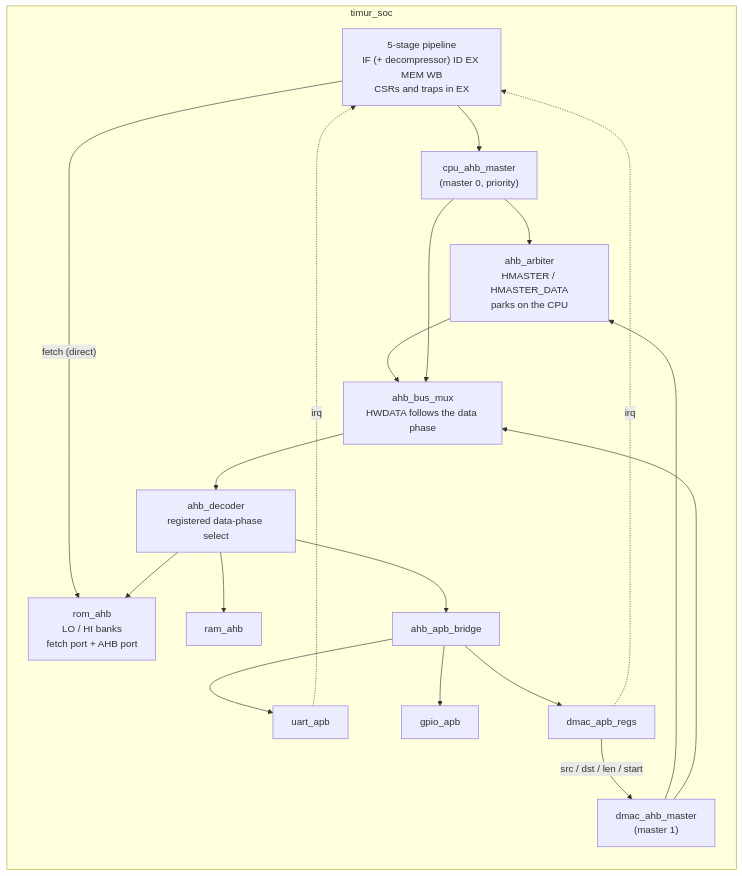
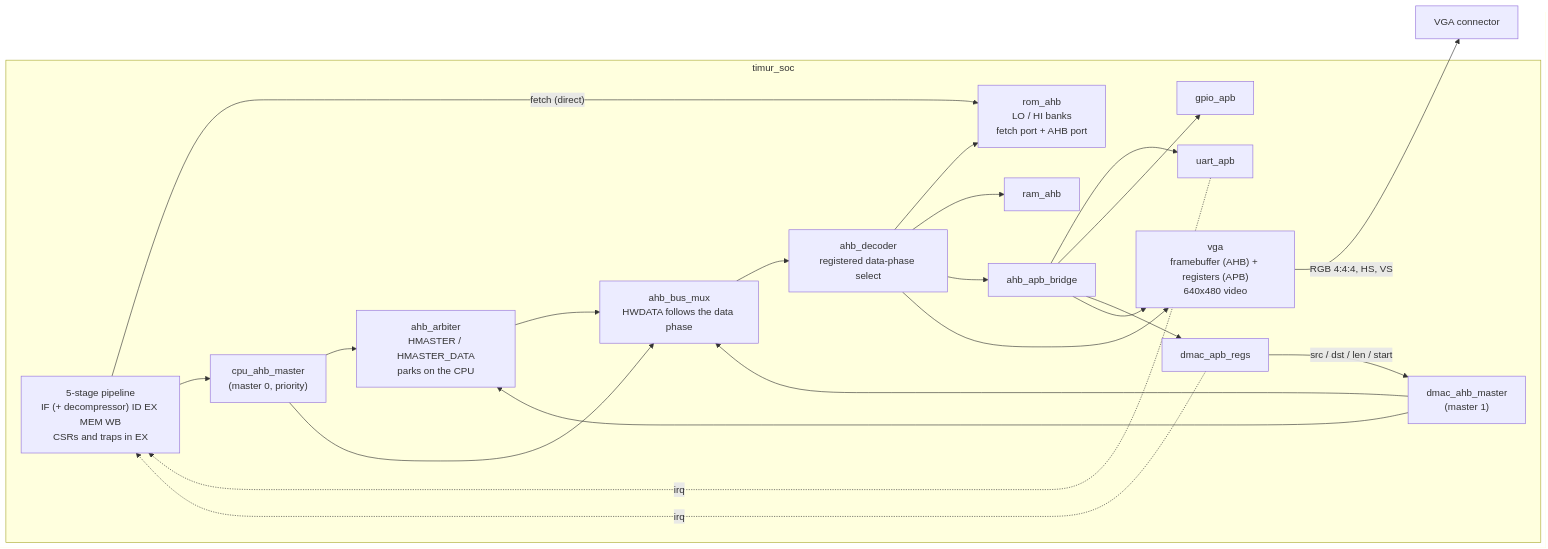
The diagram in README.md (hikmethankolay/Timur-RV32IMC), drawn with Mermaid before and after one commit. The commit also changed other lines of this file and 51 other files, not shown here.

````diff
--- a/README.md
+++ b/README.md
@@ -67,34 +69,38 @@
 ```mermaid
 flowchart LR
     subgraph SOC["timur_soc"]
         CORE["5-stage pipeline<br/>IF (+ decompressor) ID EX MEM WB<br/>CSRs and traps in EX"]
         CPUM["cpu_ahb_master<br/>(master 0, priority)"]
         DMAM["dmac_ahb_master<br/>(master 1)"]
         ARB["ahb_arbiter<br/>HMASTER / HMASTER_DATA<br/>parks on the CPU"]
         MUX["ahb_bus_mux<br/>HWDATA follows the data phase"]
         DEC["ahb_decoder<br/>registered data-phase select"]
         ROM["rom_ahb<br/>LO / HI banks<br/>fetch port + AHB port"]
         RAM["ram_ahb"]
         BR["ahb_apb_bridge"]
         UART["uart_apb"]
         GPIO["gpio_apb"]
         DREG["dmac_apb_regs"]
+        VGA["vga<br/>framebuffer (AHB) + registers (APB)<br/>640x480 video"]
     end
     CORE -->|"fetch (direct)"| ROM
     CORE --> CPUM
     CPUM --> ARB
     DMAM --> ARB
     ARB --> MUX
     CPUM --> MUX
     DMAM --> MUX
     MUX --> DEC
     DEC --> ROM
     DEC --> RAM
     DEC --> BR
+    DEC --> VGA
     BR --> UART
     BR --> GPIO
     BR --> DREG
+    BR --> VGA
     DREG -->|"src / dst / len / start"| DMAM
     UART -.->|"irq"| CORE
     DREG -.->|"irq"| CORE
+    VGA -->|"RGB 4:4:4, HS, VS"| MON["VGA connector"]
 ```
````
